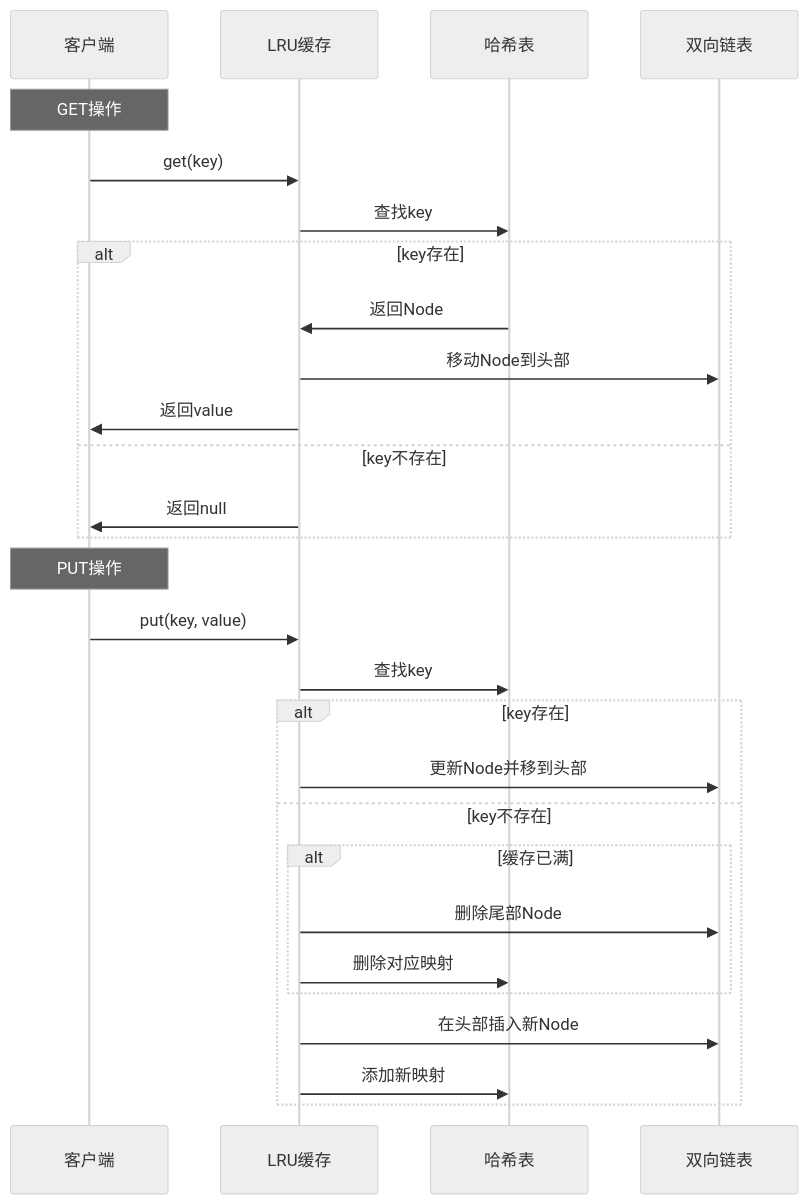
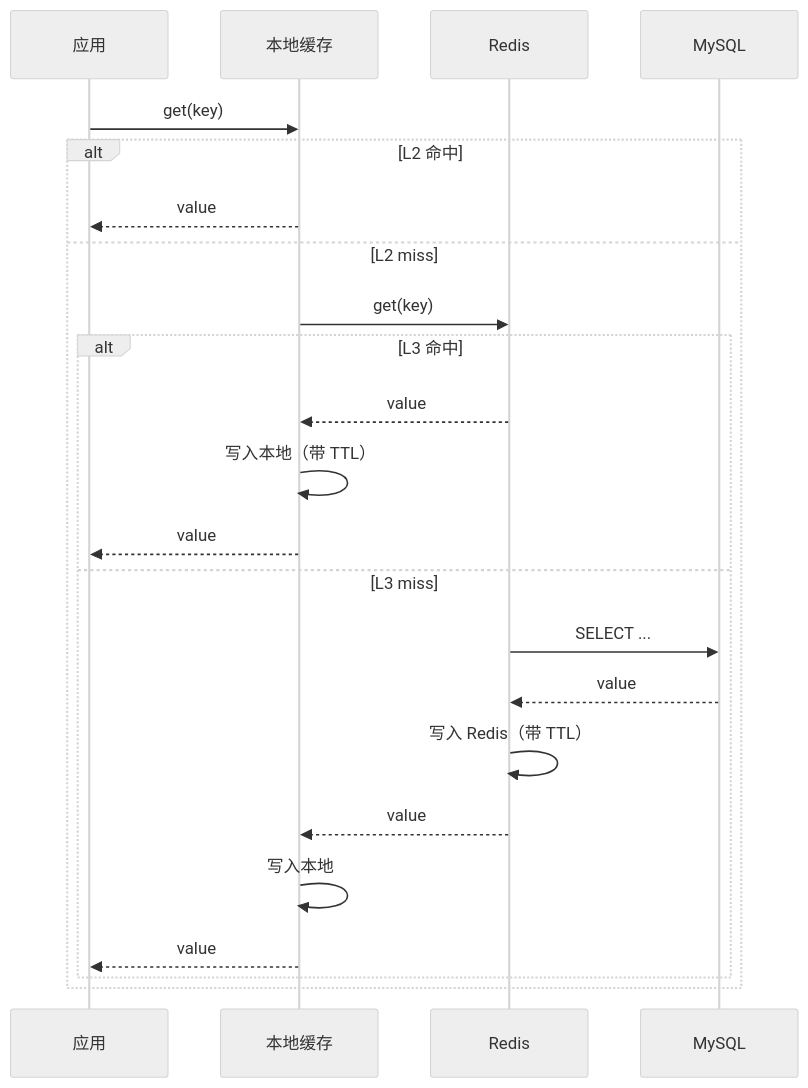
The seventh of 16 diagrams in 00.通用技术的提升/07.方案设计思想/卷二-数据与存储/07.缓存架构设计思想.md (chongyang211/YCBookBlog), drawn with Mermaid (neutral theme) before and after one commit. The commit also changed other lines of this file and 44 other files, not shown here.

````diff
--- a/00.通用技术的提升/07.方案设计思想/卷二-数据与存储/07.缓存架构设计思想.md
+++ b/00.通用技术的提升/07.方案设计思想/卷二-数据与存储/07.缓存架构设计思想.md
@@ -718,34 +311,26 @@
 ```mermaid
 sequenceDiagram
-    participant Client as 客户端
-    participant LRU as LRU缓存
-    participant HashMap as 哈希表
-    participant List as 双向链表
+    participant App as 应用
+    participant L2 as 本地缓存
+    participant L3 as Redis
+    participant DB as MySQL
     
-    Note over Client: GET操作
-    Client->>LRU: get(key)
-    LRU->>HashMap: 查找key
-    
-    alt key存在
-        HashMap->>LRU: 返回Node
-        LRU->>List: 移动Node到头部
-        LRU->>Client: 返回value
-    else key不存在
-        LRU->>Client: 返回null
-    end
-    
-    Note over Client: PUT操作
-    Client->>LRU: put(key, value)
-    LRU->>HashMap: 查找key
-    
-    alt key存在
-        LRU->>List: 更新Node并移到头部
-    else key不存在
-        alt 缓存已满
-            LRU->>List: 删除尾部Node
-            LRU->>HashMap: 删除对应映射
+    App->>L2: get(key)
+    alt L2 命中
+        L2-->>App: value
+    else L2 miss
+        L2->>L3: get(key)
+        alt L3 命中
+            L3-->>L2: value
+            L2->>L2: 写入本地（带 TTL）
+            L2-->>App: value
+        else L3 miss
+            L3->>DB: SELECT ...
+            DB-->>L3: value
+            L3->>L3: 写入 Redis（带 TTL）
+            L3-->>L2: value
+            L2->>L2: 写入本地
+            L2-->>App: value
         end
-        LRU->>List: 在头部插入新Node
-        LRU->>HashMap: 添加新映射
     end
 ```
````
